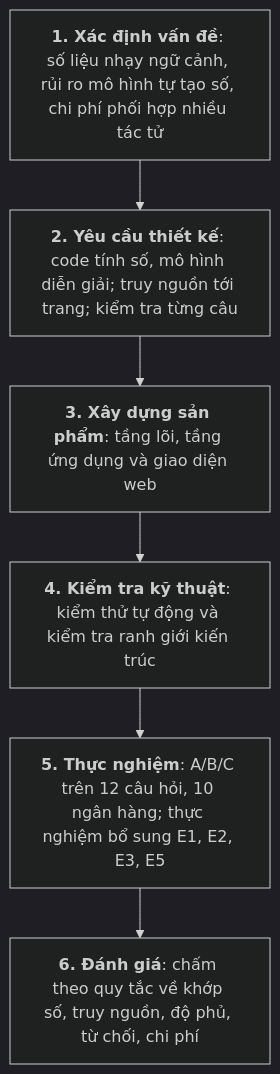
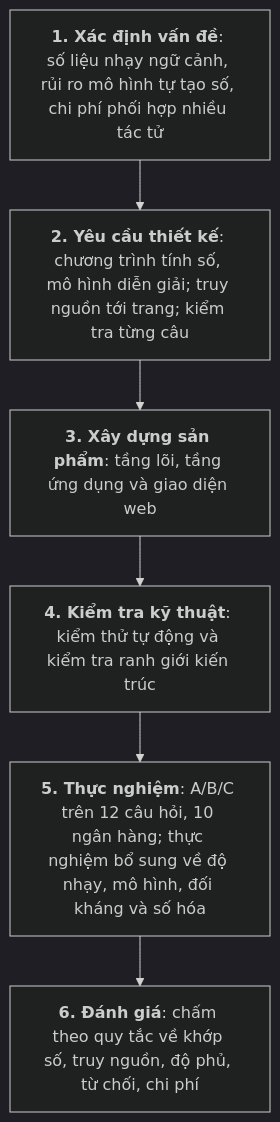
The first of 2 diagrams in docs/thesis-v2/chuong-3-phuong-phap.md (thaicuong576/final-thesis), drawn with Mermaid (dark theme) before and after one commit. The commit also changed other lines of this file and 10 other files, not shown here.

````diff
--- a/docs/thesis-v2/chuong-3-phuong-phap.md
+++ b/docs/thesis-v2/chuong-3-phuong-phap.md
@@ -22,10 +22,10 @@
 ```mermaid
 flowchart TB
     S1["<b>1. Xác định vấn đề</b>: số liệu nhạy ngữ cảnh, rủi ro mô hình tự tạo số, chi phí phối hợp nhiều tác tử"]
-    S2["<b>2. Yêu cầu thiết kế</b>: code tính số, mô hình diễn giải; truy nguồn tới trang; kiểm tra từng câu"]
+    S2["<b>2. Yêu cầu thiết kế</b>: chương trình tính số, mô hình diễn giải; truy nguồn tới trang; kiểm tra từng câu"]
     S3["<b>3. Xây dựng sản phẩm</b>: tầng lõi, tầng ứng dụng và giao diện web"]
     S4["<b>4. Kiểm tra kỹ thuật</b>: kiểm thử tự động và kiểm tra ranh giới kiến trúc"]
-    S5["<b>5. Thực nghiệm</b>: A/B/C trên 12 câu hỏi, 10 ngân hàng; thực nghiệm bổ sung E1, E2, E3, E5"]
+    S5["<b>5. Thực nghiệm</b>: A/B/C trên 12 câu hỏi, 10 ngân hàng; thực nghiệm bổ sung về độ nhạy, mô hình, đối kháng và số hóa"]
     S6["<b>6. Đánh giá</b>: chấm theo quy tắc về khớp số, truy nguồn, độ phủ, từ chối, chi phí"]
     S1 --> S2 --> S3 --> S4 --> S5 --> S6
 ```
````
